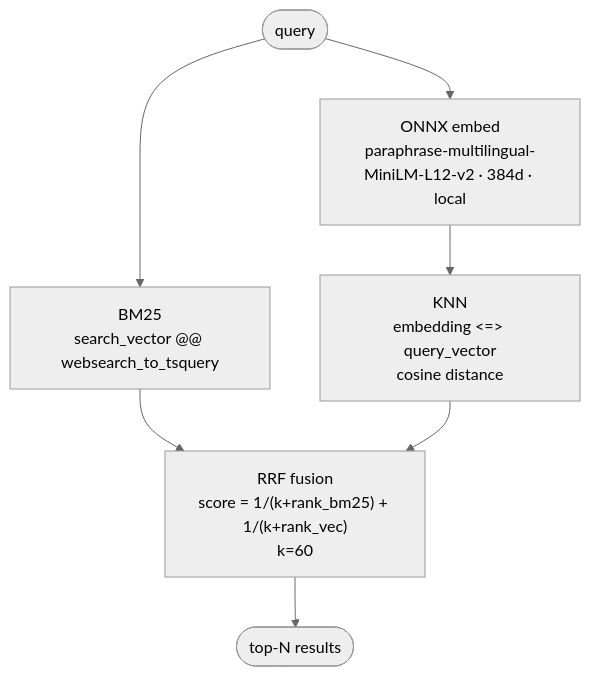
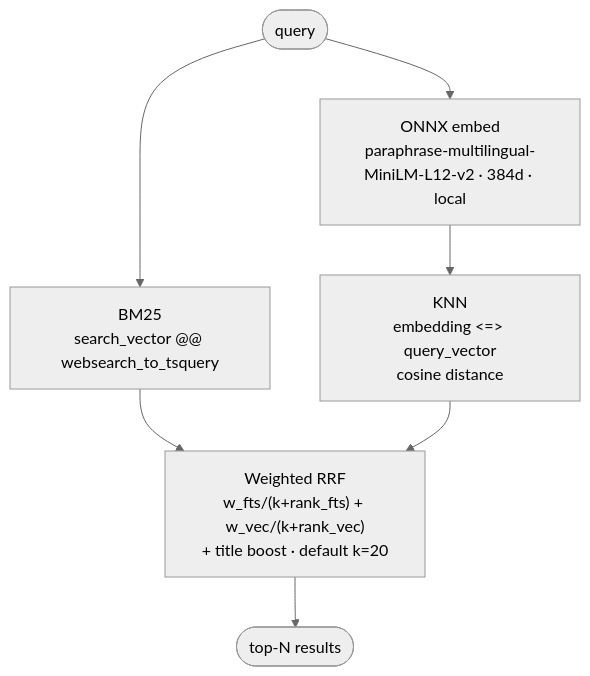
Before and after one commit to HandleCoding/memlord: the diagram in README.md, drawn with Mermaid (neutral theme). The commit also changed other lines of this file and 5 other files, not shown here.

First line of the commit message:
feat: weighted hybrid fusion MVP (configurable RRF)

````diff
--- a/README.md
+++ b/README.md
@@ -116,9 +116,9 @@
 ```mermaid
 flowchart TD
     Q([query]) --> BM25["BM25\nsearch_vector @@ websearch_to_tsquery"]
     Q --> EMB["ONNX embed\nparaphrase-multilingual-MiniLM-L12-v2 · 384d · local"]
     EMB --> KNN["KNN\nembedding <=> query_vector\ncosine distance"]
-    BM25 --> RRF["RRF fusion\nscore = 1/(k+rank_bm25) + 1/(k+rank_vec)\nk=60"]
+    BM25 --> RRF["Weighted RRF\nw_fts/(k+rank_fts) + w_vec/(k+rank_vec)\n+ title boost · default k=20"]
     KNN --> RRF
     RRF --> R([top-N results])
 ```
````
